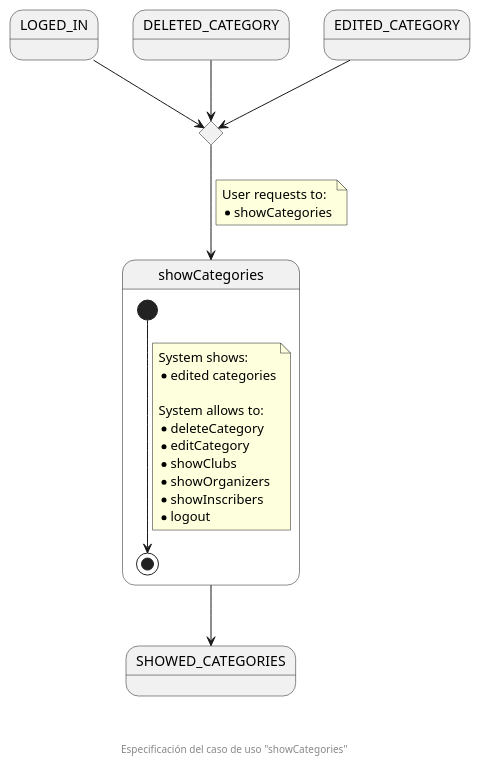
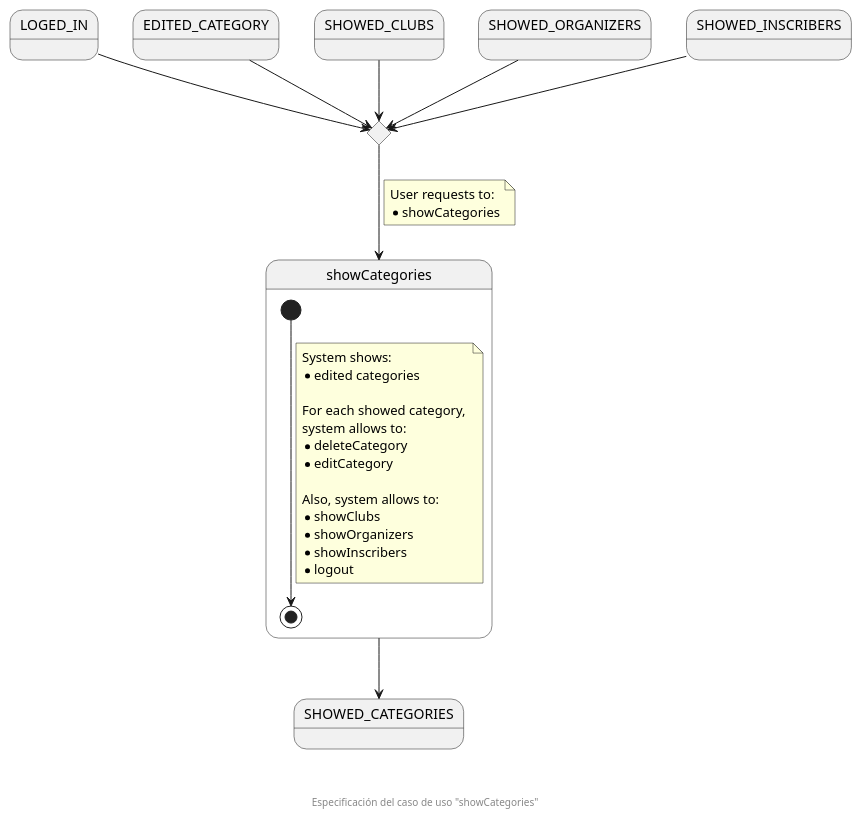
One commit to zuldare/mastercloud_pfm_halterocms changed the diagram in documentation/diagrams/useCasesSpecification/organizationSecretary/01_showCategories.puml. Above: the diagram before and after it, drawn with PlantUML.

Commit message:
Fix showCategories use case specification

```diff
--- a/documentation/diagrams/useCasesSpecification/organizationSecretary/01_showCategories.puml
+++ b/documentation/diagrams/useCasesSpecification/organizationSecretary/01_showCategories.puml
@@ -1,36 +1,44 @@
 @startuml
 state LOGED_IN
-state DELETED_CATEGORY
 state EDITED_CATEGORY
+state SHOWED_CLUBS
+state SHOWED_ORGANIZERS
+state SHOWED_INSCRIBERS
 
 state enterShowCategoriesCHC <<choice>>
 
 state showCategories {
   [*] --> [*]
   note on link
     System shows:
     * edited categories
 
-    System allows to:
+    For each showed category, 
+    system allows to:
     * deleteCategory
     * editCategory
+
+    Also, system allows to:
     * showClubs
     * showOrganizers
     * showInscribers
     * logout
   end note
 }
 state SHOWED_CATEGORIES
 
 LOGED_IN --> enterShowCategoriesCHC
-DELETED_CATEGORY --> enterShowCategoriesCHC
 EDITED_CATEGORY --> enterShowCategoriesCHC
+SHOWED_CLUBS --> enterShowCategoriesCHC
+SHOWED_ORGANIZERS --> enterShowCategoriesCHC
+SHOWED_INSCRIBERS --> enterShowCategoriesCHC
+
 enterShowCategoriesCHC --> showCategories
 note on link
   User requests to:
   * showCategories
 end note
 showCategories --> SHOWED_CATEGORIES
 
 footer \n\n\n Especificación del caso de uso "showCategories"
 @enduml
```
